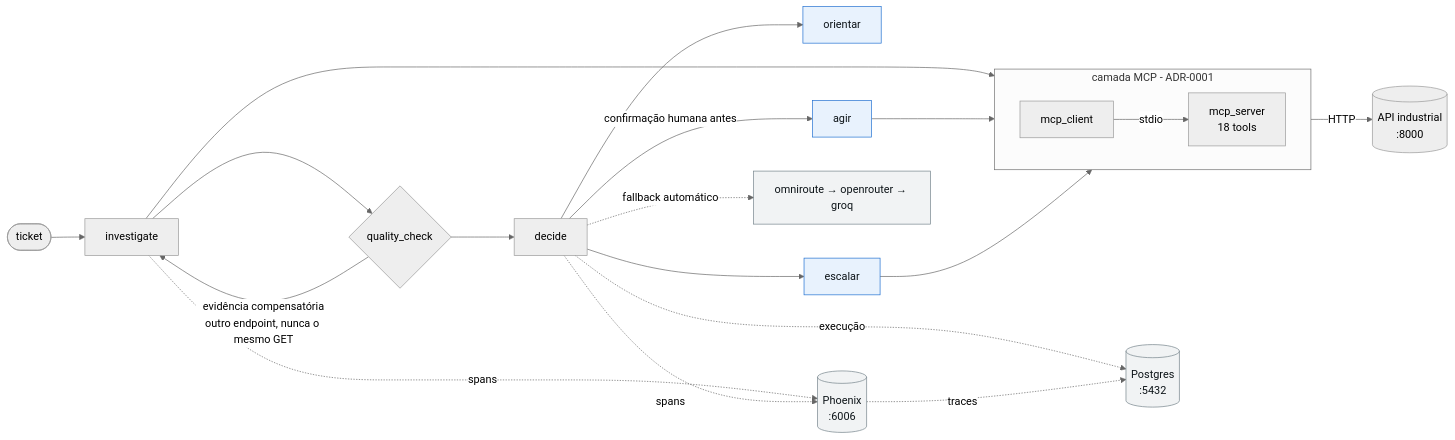
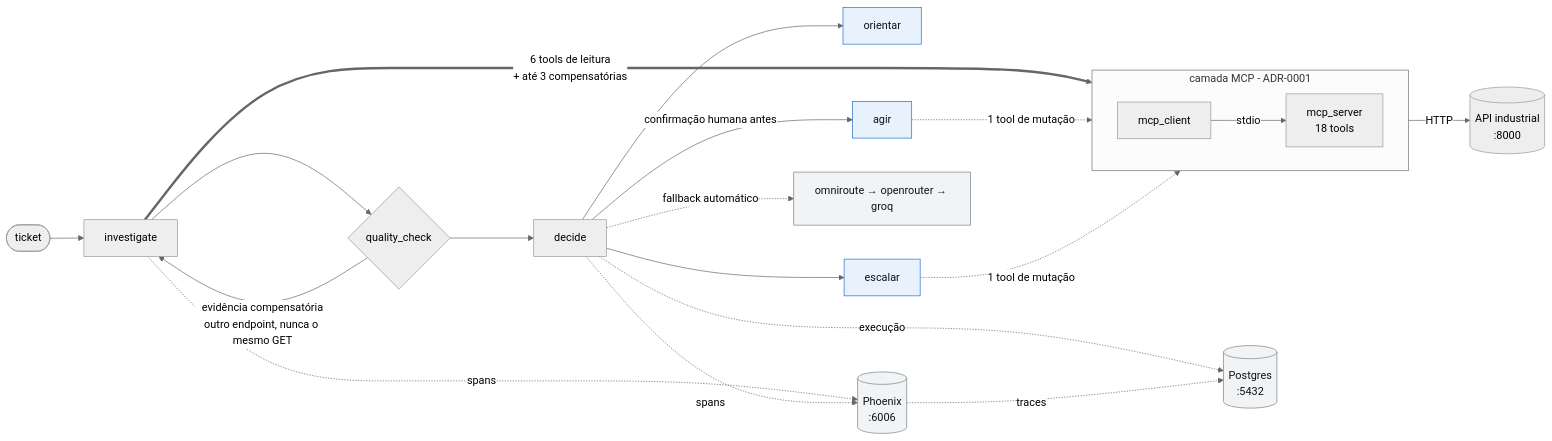
The diagram in README.md (malafisor-arthurloyola/Tractiann), drawn with Mermaid (neutral theme) before and after one commit. The commit also changed other lines of this file and 2 other files, not shown here.

Commit message:
docs: diagrama do README deixa visivel o peso real do MCP
As arestas de `agir` e `escalar` entrando na camada MCP tinham o mesmo traco das
demais, e davam a impressao de que o MCP servia so as mutacoes. E o contrario: a
investigacao e a maior consumidora — 9 dos 11 pontos de chamada no codigo.

Agora a aresta de `investigate` e grossa e rotulada "6 tools de leitura + ate 3
compensatorias", e as de mutacao sao pontilhadas com "1 tool de mutacao". A
legenda embaixo diz o mesmo em texto.

````diff
--- a/README.md
+++ b/README.md
@@ -48,33 +48,33 @@
 ```mermaid
 flowchart LR
     T(["ticket"]) --> INV["investigate"]
     INV --> QC{"quality_check"}
     QC -- "evidência compensatória<br/>outro endpoint, nunca o mesmo GET" --> INV
     QC --> DEC["decide"]
 
     DEC --> ORI["orientar"]
     DEC -- "confirmação humana antes" --> ACT["agir"]
     DEC --> ESC["escalar"]
 
     subgraph MCP["camada MCP - ADR-0001"]
         direction LR
         MC["mcp_client"] -- "stdio" --> MS["mcp_server<br/>18 tools"]
     end
 
-    INV --> MC
+    INV == "6 tools de leitura<br/>+ até 3 compensatórias" ==> MC
     MS -- "HTTP" --> API[("API industrial<br/>:8000")]
-    ACT --> MC
-    ESC --> MC
+    ACT -. "1 tool de mutação" .-> MC
+    ESC -. "1 tool de mutação" .-> MC
 
     DEC -. "fallback automático" .-> LLM["omniroute → openrouter → groq"]
 
     INV -. "spans" .-> PHX[("Phoenix<br/>:6006")]
     DEC -. "spans" .-> PHX
     DEC -. "execução" .-> PG[("Postgres<br/>:5432")]
     PHX -. "traces" .-> PG
 
     classDef saida fill:#e8f2fd,stroke:#1f6fd0,color:#0d1418
     classDef obs fill:#f1f3f4,stroke:#73828a,color:#0d1418
     class ORI,ACT,ESC saida
     class PHX,PG,LLM obs
 ```
````
